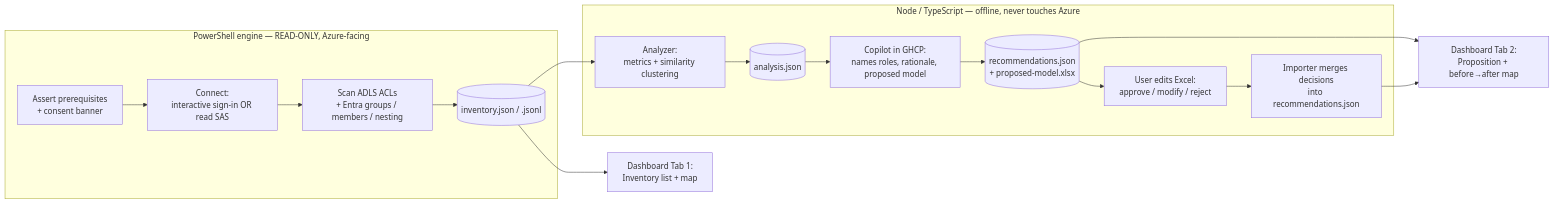
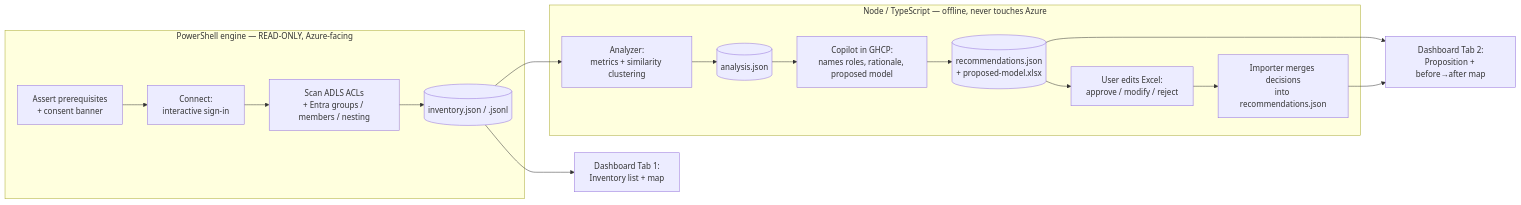
The diagram in PLAN.md (pcayerMS/ACLassist), drawn with Mermaid before and after one commit. The commit also changed other lines of this file and 2 other files, not shown here.

Commit message:
docs: purge stale SAS/PS7 references from PLAN.md, add Initialize-Config to layout; register setup read cmdlets in allowlist; tidy gitignore comment

````diff
--- a/PLAN.md
+++ b/PLAN.md
@@ -42,19 +42,19 @@
 ```mermaid
 flowchart LR
     subgraph AZ["PowerShell engine — READ-ONLY, Azure-facing"]
-        A[Assert prerequisites\n+ consent banner] --> B[Connect:\ninteractive sign-in OR read SAS]
+        A[Assert prerequisites\n+ consent banner] --> B[Connect:\ninteractive sign-in]
         B --> C[Scan ADLS ACLs\n+ Entra groups / members / nesting]
         C --> D[(inventory.json / .jsonl)]
     end
     subgraph OFF["Node / TypeScript — offline, never touches Azure"]
         D --> E[Analyzer:\nmetrics + similarity clustering]
         E --> F[(analysis.json)]
         F --> G[Copilot in GHCP:\nnames roles, rationale, proposed model]
         G --> H[(recommendations.json\n+ proposed-model.xlsx)]
         H --> I[User edits Excel:\napprove / modify / reject]
         I --> J[Importer merges decisions\ninto recommendations.json]
     end
     D --> K[Dashboard Tab 1:\nInventory list + map]
     H --> L[Dashboard Tab 2:\nProposition + before→after map]
     J --> L
 ```
````
